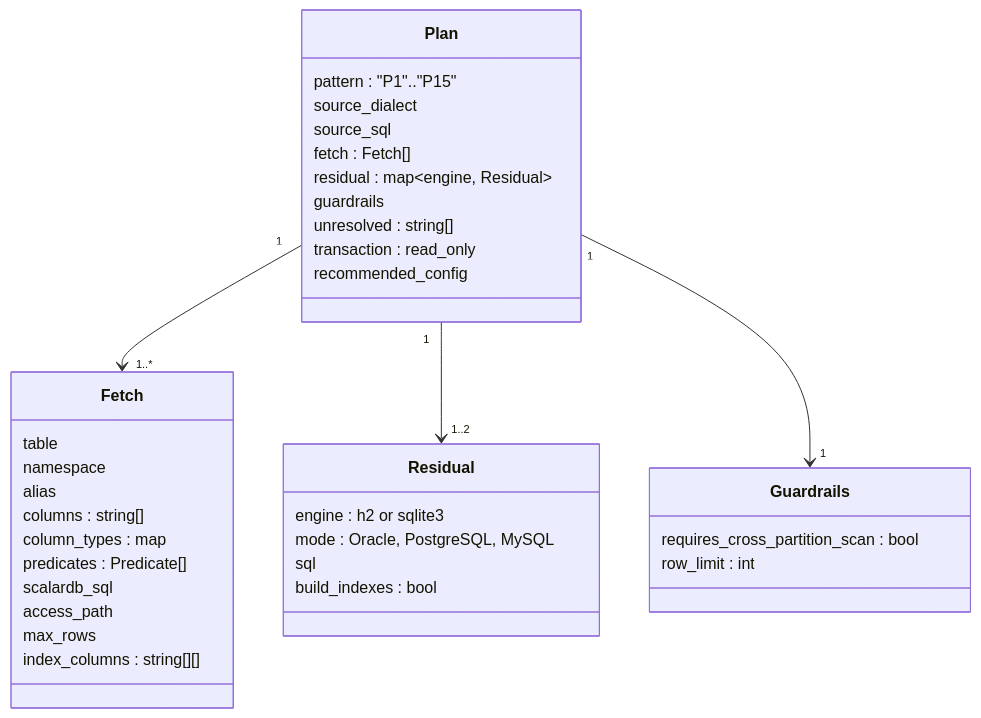
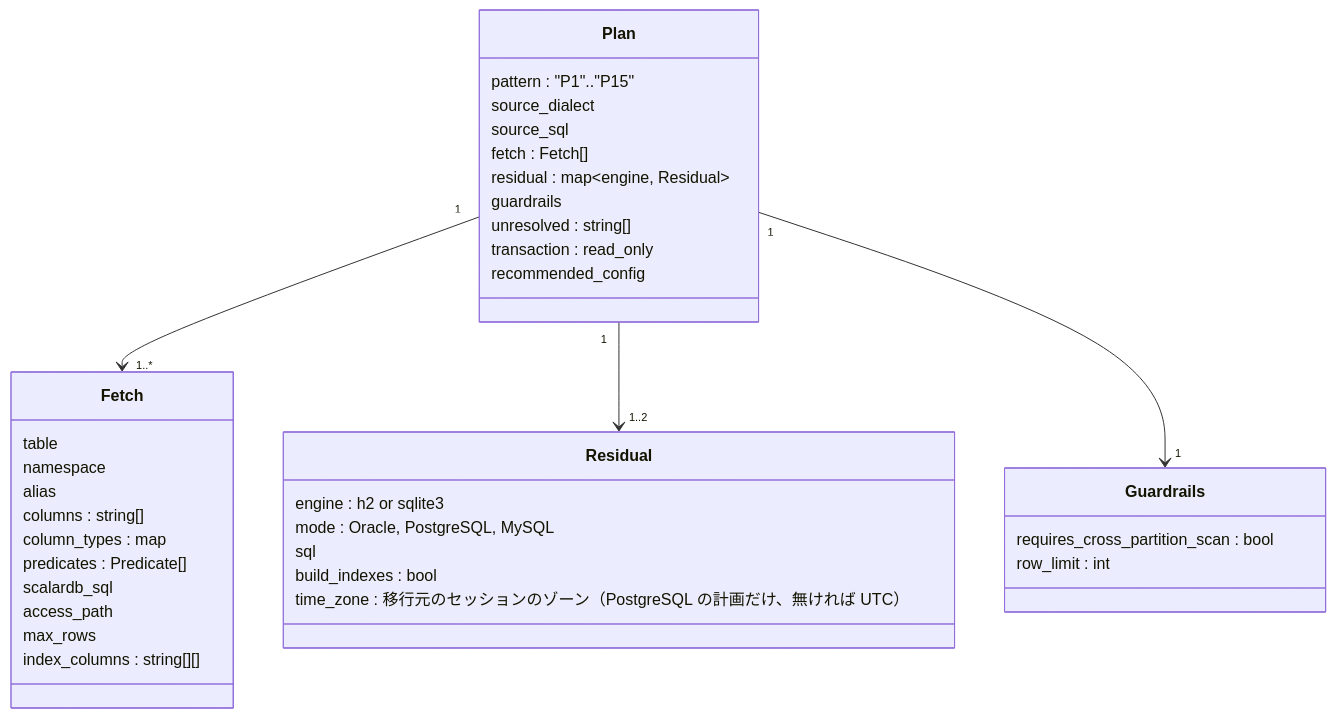
The eighth of 25 diagrams in docs/design/architecture.md (wfukatsu/sql-migration), drawn with Mermaid before and after one commit. The commit also changed 4 other files, not shown here.

Commit message:
docs: 計画の time_zone を変換の一覧・手引き・スキルに書き、date_trunc の未決を外す（#160）

````diff
--- a/docs/design/architecture.md
+++ b/docs/design/architecture.md
@@ -305,39 +305,40 @@
 ```mermaid
 classDiagram
     class Plan {
         pattern : "P1".."P15"
         source_dialect
         source_sql
         fetch : Fetch[]
         residual : map~engine, Residual~
         guardrails
         unresolved : string[]
         transaction : read_only
         recommended_config
     }
     class Fetch {
         table
         namespace
         alias
         columns : string[]
         column_types : map
         predicates : Predicate[]
         scalardb_sql
         access_path
         max_rows
         index_columns : string[][]
     }
     class Residual {
         engine : h2 or sqlite3
         mode : Oracle, PostgreSQL, MySQL
         sql
         build_indexes : bool
+        time_zone : 移行元のセッションのゾーン（PostgreSQL の計画だけ、無ければ UTC）
     }
     class Guardrails {
         requires_cross_partition_scan : bool
         row_limit : int
     }
     Plan "1" --> "1..*" Fetch
     Plan "1" --> "1..2" Residual
     Plan "1" --> "1" Guardrails
 ```
````
